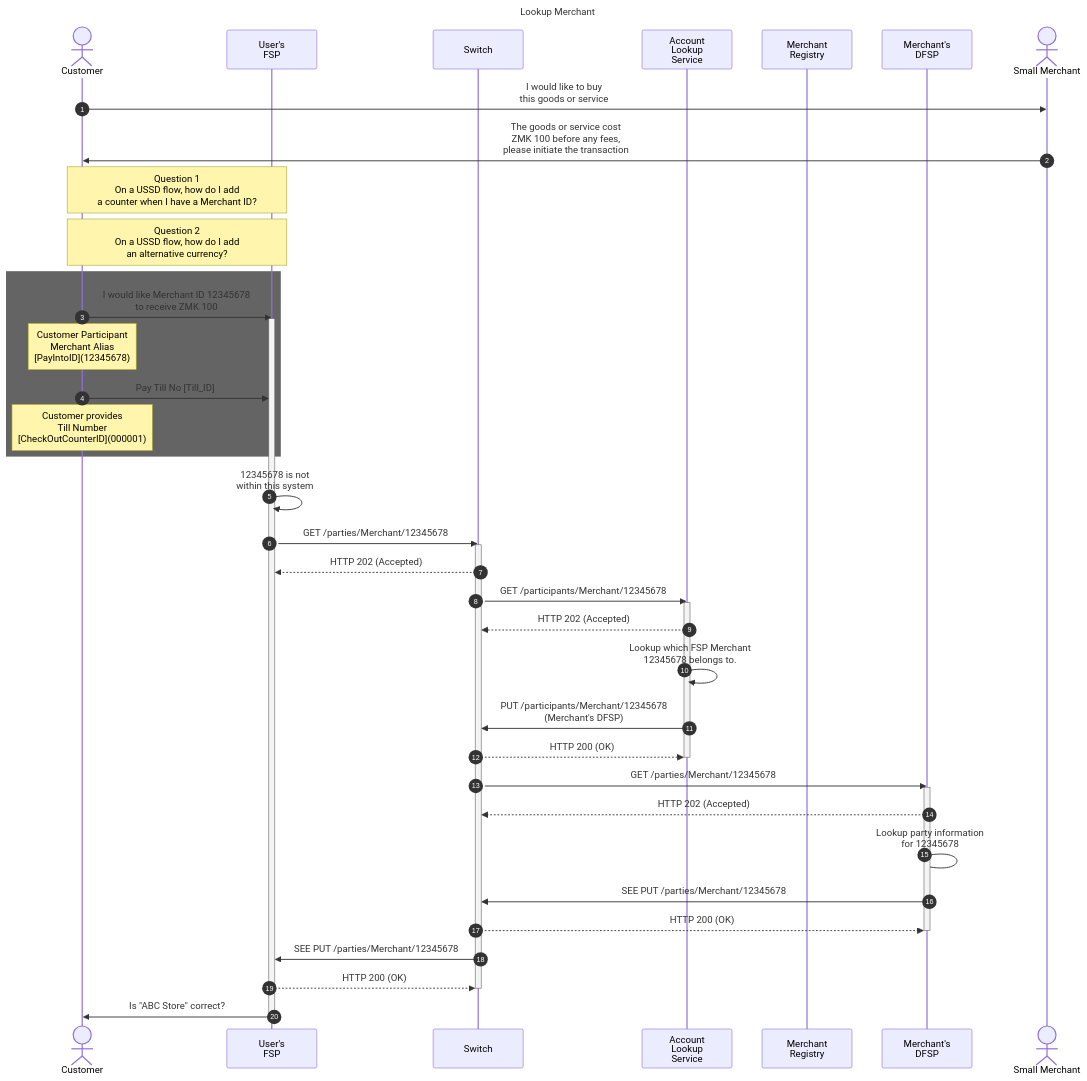
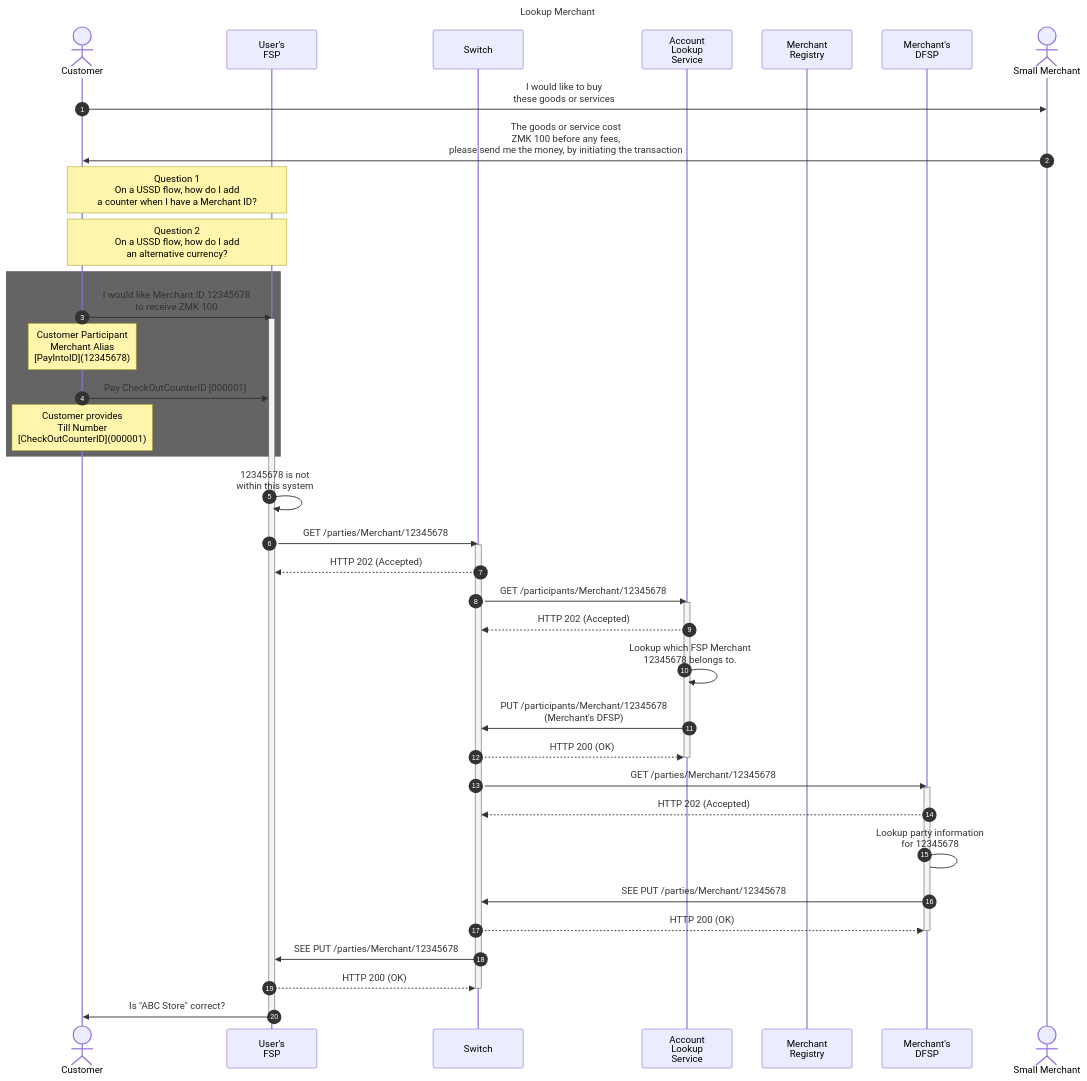
Before and after one commit to mojaloop/merchant-payment-docs: the first of 3 diagrams in end_to_end_merchant_payment_flow.md, drawn with Mermaid. The commit also changed other lines of this file, not shown here.

Commit message:
updated flow with fx

````diff
--- a/end_to_end_merchant_payment_flow.md
+++ b/end_to_end_merchant_payment_flow.md
@@ -45,54 +58,53 @@
 ```mermaid
 sequenceDiagram
 
 Title: Lookup Merchant
 autonumber
 
 # declare actors
 actor cust as Customer
 participant PayerFSP as User's<br/>FSP
 participant Switch as Switch
 participant ALS as Account<br/>Lookup<br/>Service
 participant oracle as Merchant<br/>Registry
 participant PayeeFSP as Merchant's<br/>DFSP
 actor merc as Small Merchant
 
 # start flow
-cust->>merc: I would like to buy<br/>this goods or service
-merc ->> cust: The goods or service cost<br/>ZMK 100 before any fees,<br/>please initiate the transaction
+cust->>merc: I would like to buy<br/>these goods or services
+merc ->> cust: The goods or service cost<br/>ZMK 100 before any fees,<br/>please send me the money, by initiating the transaction
 note over cust,PayerFSP: Question 1<br/>On a USSD flow, how do I add<br/>a counter when I have a Merchant ID?
 note over cust,PayerFSP: Question 2<br/>On a USSD flow, how do I add<br/>an alternative currency?
 rect rgb(100, 100, 100)
     cust ->> PayerFSP: I would like Merchant ID 12345678 <br/>to receive ZMK 100
     activate PayerFSP
     note over cust:Customer Participant<br/>Merchant Alias<br/>[PayIntoID](12345678)
-    cust ->> PayerFSP : Pay Till No [Till_ID]
+    cust ->> PayerFSP : Pay CheckOutCounterID [000001]
     note over cust:Customer provides<br/>Till Number<br/>[CheckOutCounterID](000001)
 end
 
 PayerFSP ->> PayerFSP: 12345678 is not<br/>within this system
 PayerFSP ->> Switch: GET /parties/Merchant/12345678
 activate Switch
 Switch -->> PayerFSP: HTTP 202 (Accepted)
 Switch ->> ALS: GET /participants/Merchant/12345678
 activate ALS
 ALS -->> Switch: HTTP 202 (Accepted)
 ALS ->> ALS: Lookup which FSP Merchant<br/>12345678 belongs to.
 ALS ->> Switch: PUT /participants/Merchant/12345678<br/>(Merchant's DFSP)
 Switch -->> ALS: HTTP 200 (OK)
 deactivate ALS
 Switch ->> PayeeFSP: GET /parties/Merchant/12345678
 activate PayeeFSP
 PayeeFSP -->> Switch: HTTP 202 (Accepted)
 PayeeFSP -> PayeeFSP: Lookup party information<br/>for 12345678
 PayeeFSP ->> Switch: SEE PUT /parties/Merchant/12345678
 Switch -->> PayeeFSP: HTTP 200 (OK)
 deactivate PayeeFSP
 Switch ->> PayerFSP: SEE PUT /parties/Merchant/12345678
 PayerFSP -->> Switch: HTTP 200 (OK)
 deactivate Switch
 PayerFSP ->> cust: Is "ABC Store" correct?
 deactivate PayerFSP
 
-
 ```
````
